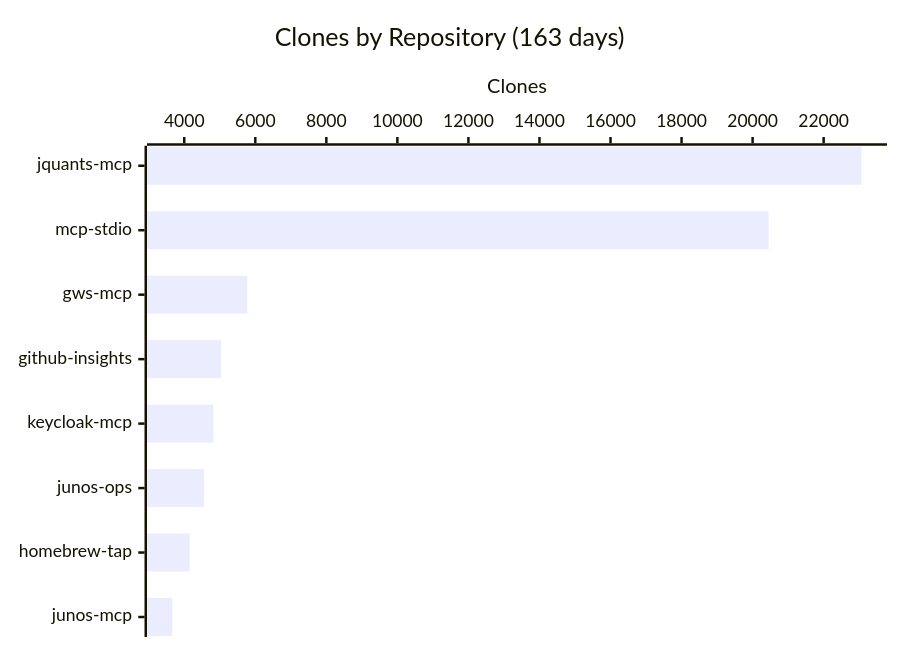
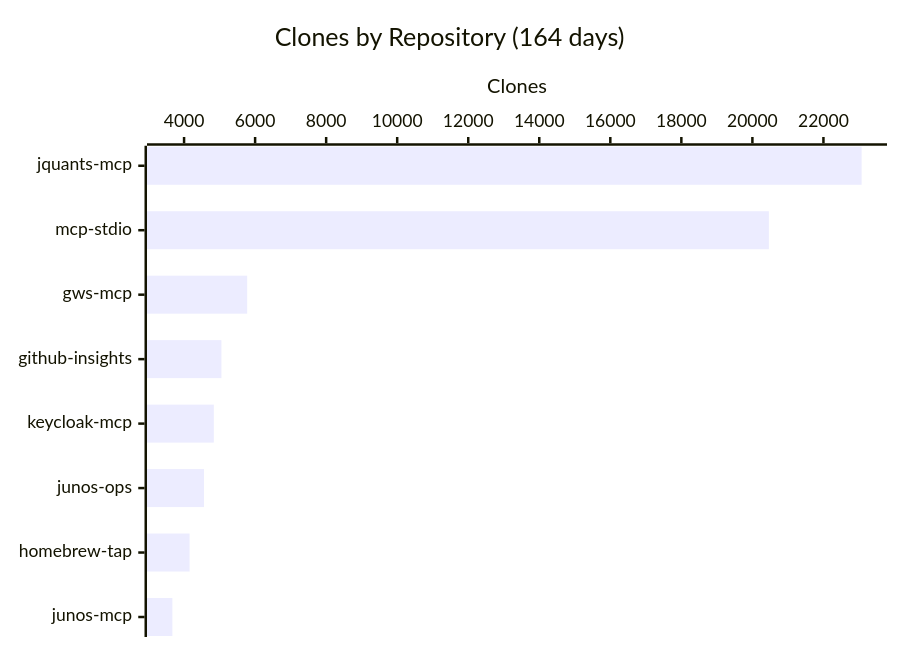
Before and after one commit to shigechika/github-insights: the fourth of 4 diagrams in README.md, drawn with Mermaid. The commit also changed other lines of this file and 2 other files, not shown here.

````diff
--- a/README.md
+++ b/README.md
@@ -58,7 +58,7 @@
 ```mermaid
 xychart-beta horizontal
-    title "Clones by Repository (163 days)"
+    title "Clones by Repository (164 days)"
     x-axis ["jquants-mcp", "mcp-stdio", "gws-mcp", "github-insights", "keycloak-mcp", "junos-ops", "homebrew-tap", "junos-mcp"]
     y-axis "Clones"
-    bar [23069, 20451, 5772, 5039, 4822, 4561, 4154, 3666]
+    bar [23075, 20464, 5777, 5051, 4837, 4561, 4155, 3671]
 ```
````
